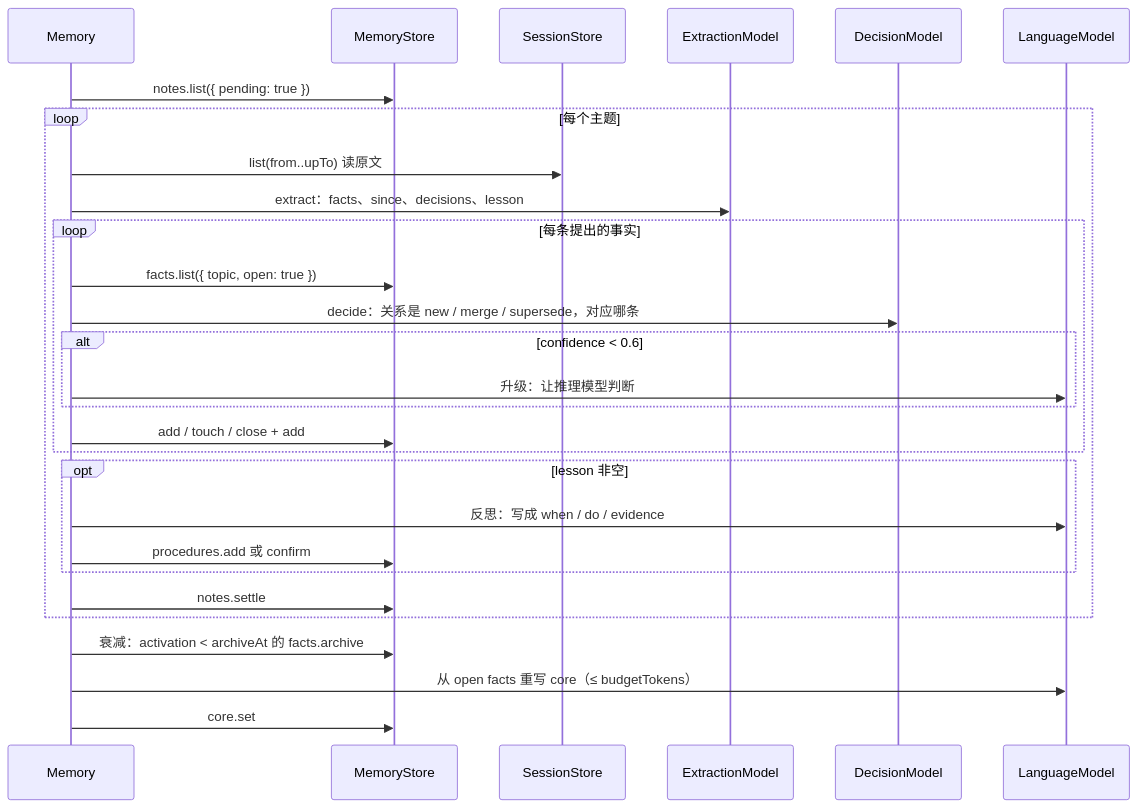
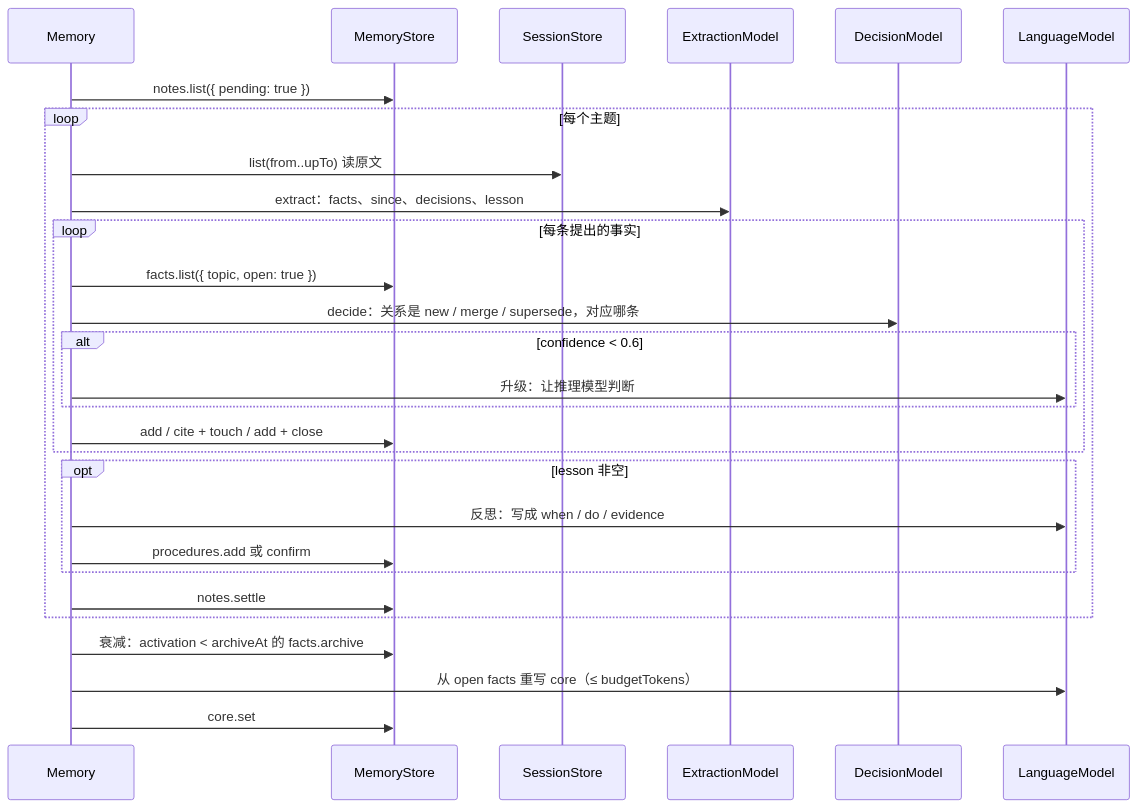
One commit to modelctx-ai/ctx changed the second of 2 diagrams in docs/memory.md. Above: the diagram before and after it, drawn with Mermaid. The commit also changed other lines of this file and 10 other files, not shown here.

````diff
--- a/docs/memory.md
+++ b/docs/memory.md
@@ -347,30 +380,30 @@
 ```mermaid
 sequenceDiagram
   participant M as Memory
   participant S as MemoryStore
   participant L as SessionStore
   participant X as ExtractionModel
   participant D as DecisionModel
   participant LM as LanguageModel
   M->>S: notes.list({ pending: true })
   loop 每个主题
     M->>L: list(from..upTo) 读原文
     M->>X: extract：facts、since、decisions、lesson
     loop 每条提出的事实
       M->>S: facts.list({ topic, open: true })
       M->>D: decide：关系是 new / merge / supersede，对应哪条
       alt confidence < 0.6
         M->>LM: 升级：让推理模型判断
       end
-      M->>S: add / touch / close + add
+      M->>S: add / cite + touch / add + close
     end
     opt lesson 非空
       M->>LM: 反思：写成 when / do / evidence
       M->>S: procedures.add 或 confirm
     end
     M->>S: notes.settle
   end
   M->>S: 衰减：activation < archiveAt 的 facts.archive
   M->>LM: 从 open facts 重写 core（≤ budgetTokens）
   M->>S: core.set
 ```
````
